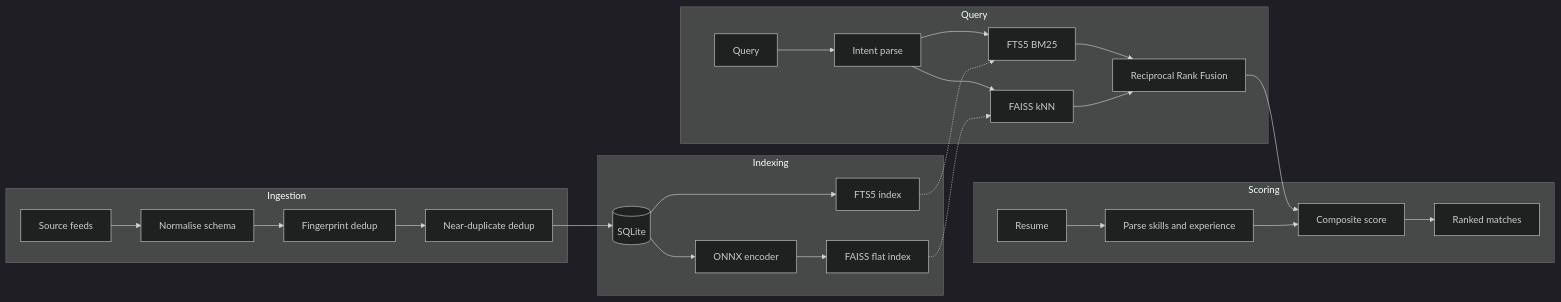
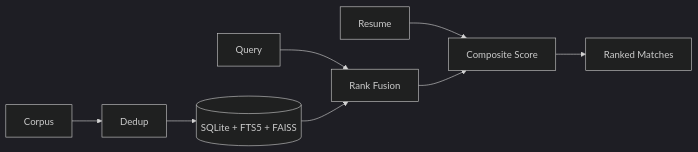
One commit to muskaangaur06/Talently-Fusion-Engine changed the diagram in README.md. Above: the diagram before and after it, drawn with Mermaid (dark theme). The commit also changed other lines of this file, not shown here.

````diff
--- a/README.md
+++ b/README.md
@@ -79,33 +89,10 @@
 ```mermaid
 flowchart LR
-    subgraph Ingestion
-        A[Source feeds] --> B[Normalise schema]
-        B --> C[Fingerprint dedup]
-        C --> D[Near-duplicate dedup]
-    end
-
-    subgraph Indexing
-        D --> E[(SQLite)]
-        E --> F[FTS5 index]
-        E --> G[ONNX encoder]
-        G --> H[FAISS flat index]
-    end
-
-    subgraph Query
-        Qy[Query] --> J[Intent parse]
-        J --> K[FTS5 BM25]
-        J --> L[FAISS kNN]
-        K --> M[Reciprocal Rank Fusion]
-        L --> M
-    end
-
-    subgraph Scoring
-        M --> N[Composite score]
-        O[Resume] --> P[Parse skills and experience]
-        P --> N
-        N --> Rk[Ranked matches]
-    end
-
-    F -.-> K
-    H -.-> L
+    A[Corpus] --> B[Dedup]
+    B --> C[(SQLite + FTS5 + FAISS)]
+    D[Query] --> E[Rank Fusion]
+    C --> E
+    F[Resume] --> G[Composite Score]
+    E --> G
+    G --> H[Ranked Matches]
 ```
````
